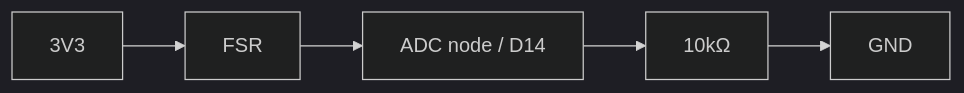
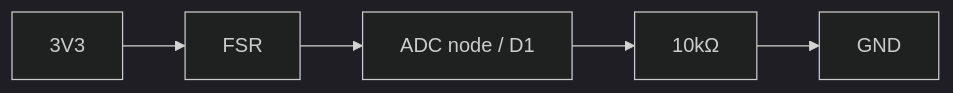
Before and after one commit to giniro09/zmk-config-LalaPadGen2: the second of 2 diagrams in docs/experiments/interaction-feedback/HARDWARE_AND_PIN_PLAN.md, drawn with Mermaid (dark theme). The commit also changed other lines of this file and 11 other files, not shown here.

````diff
--- a/docs/experiments/interaction-feedback/HARDWARE_AND_PIN_PLAN.md
+++ b/docs/experiments/interaction-feedback/HARDWARE_AND_PIN_PLAN.md
@@ -79,7 +81,7 @@
 ```mermaid
 flowchart LR
     VCC["3V3"] --> F["FSR"]
-    F --> N["ADC node / D14"]
+    F --> N["ADC node / D1"]
     N --> R["10kΩ"]
     R --> G["GND"]
 ```
````
